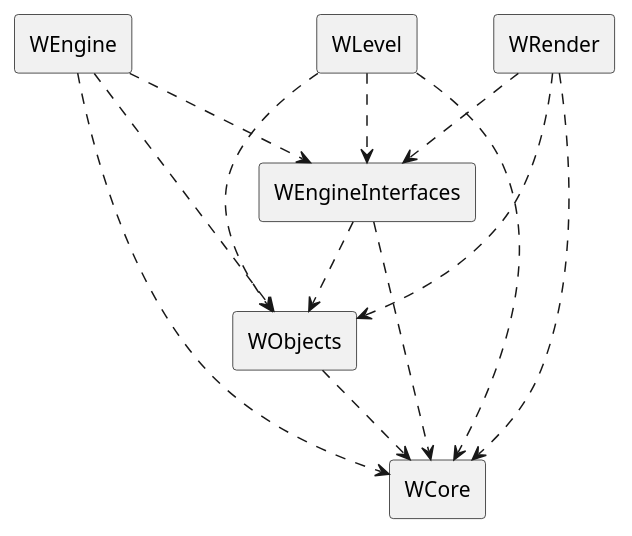
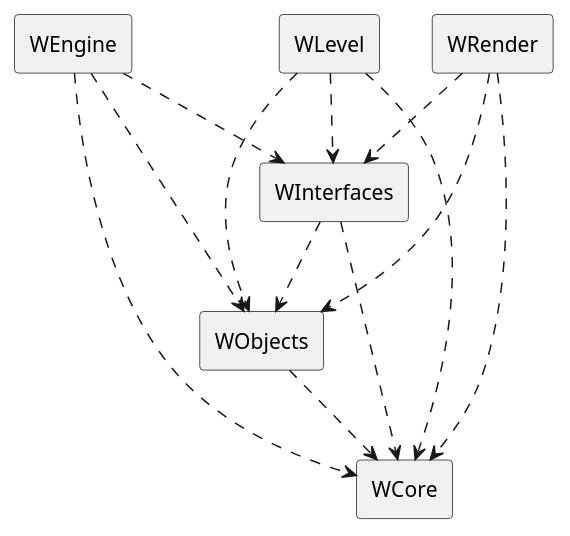
Before and after one commit to Jap3dWorks/WEng: the diagram in org/WEng.org, drawn with PlantUML. The commit also changed 23 other files, not shown here.

Commit message:
RENAME WEngineInterfaces -> WInterfaces

```diff
--- a/org/WEng.org
+++ b/org/WEng.org
@@ -16,29 +16,29 @@
 #+BEGIN_SRC plantuml :file images/modules_dependencies_1.png
 @startuml
 
 Rectangle WEngine
-Rectangle WEngineInterfaces
+Rectangle WInterfaces
 Rectangle WObjects
 Rectangle WCore
 Rectangle WLevel
 Rectangle WRender
 
-WEngineInterfaces -[dashed]-> WObjects
-WEngineInterfaces -[dashed]-> WCore
+WInterfaces -[dashed]-> WObjects
+WInterfaces -[dashed]-> WCore
 
 WObjects -[dashed]-> WCore
 
 WEngine -[dashed]-> WObjects
-WEngine -[dashed]-> WEngineInterfaces
+WEngine -[dashed]-> WInterfaces
 WEngine -[dashed]-> WCore
 
-WLevel -[dashed]-> WEngineInterfaces
+WLevel -[dashed]-> WInterfaces
 WLevel -[dashed]-> WObjects
 WLevel -[dashed]-> WCore
 
-WRender -[dashed]-> WEngineInterfaces
+WRender -[dashed]-> WInterfaces
 WRender -[dashed]-> WObjects
 WRender -[dashed]-> WCore
 
 @enduml
 #+END_SRC
```
